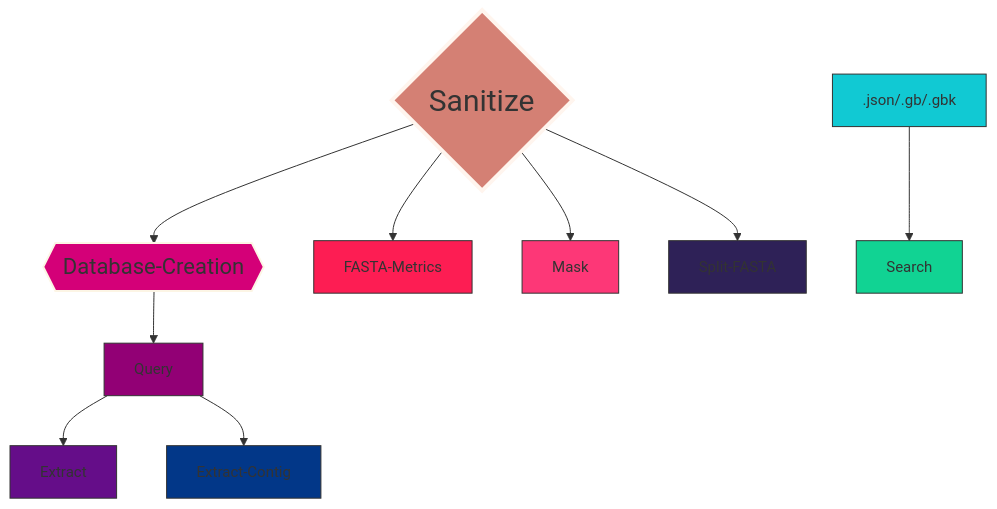
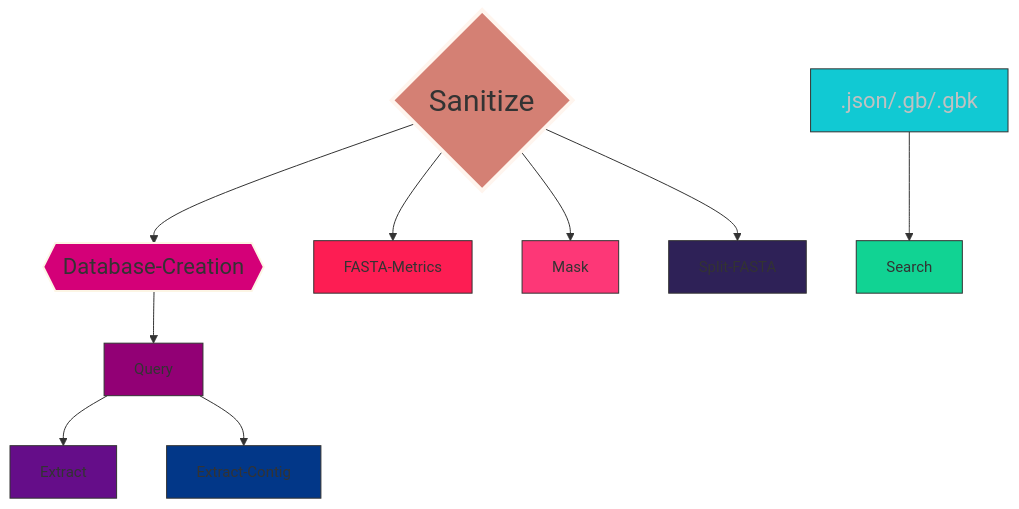
The diagram in README.md (ERBringHorvath/SeqForge), drawn with Mermaid before and after one commit.

````diff
--- a/README.md
+++ b/README.md
@@ -80,23 +80,23 @@
 ```mermaid
 graph TD;
     A{Sanitize}-->B{{Database-Creation}};
     B{{Database-Creation}}-->C[Query];
     C[Query]-->D[Extract];
     C[Query]-->E[Extract-Contig];
     A{Sanitize}-->F[FASTA-Metrics];
     A{Sanitize}-->G[Mask];
     A{Sanitize}-->H[Split-FASTA];
     I[.json/.gb/.gbk]-->J[Search];
 
     %% Custom style for Sanitize node
     style A fill:#d48074,stroke:#fff5ee,stroke-width:4,font-size:30px
     style B fill:#d40078,stroke:#FCF5E5,stroke-width:2,font-size:22px
     style C fill:#920075,stroke:#333,stroke-width:1,font-size:15px
     style D fill:#650D89,stroke:#333,stroke-width:1,font-size:15px
     style E fill:#023788,stroke:#333,stroke-width:1,font-size:15px
     style F fill:#fd1d53,stroke:#333,stroke-width:1,font-size:15px
     style G fill:#fd3777,stroke:#333,stroke-width:1,font-size:15px
     style H fill:#2e2157,stroke:#333,stroke-width:1,font-size:15px
-    style I fill:#11c9d3,stroke:#333,stroke-width:1,font-size:15px
+    style I fill:#11c9d3,stroke:#333,stroke-width:1,font-size:22px,color:#c1c1c1
     style J fill:#11d393,stroke:#333,stroke-width:1,font-size:15px
 ```
````
